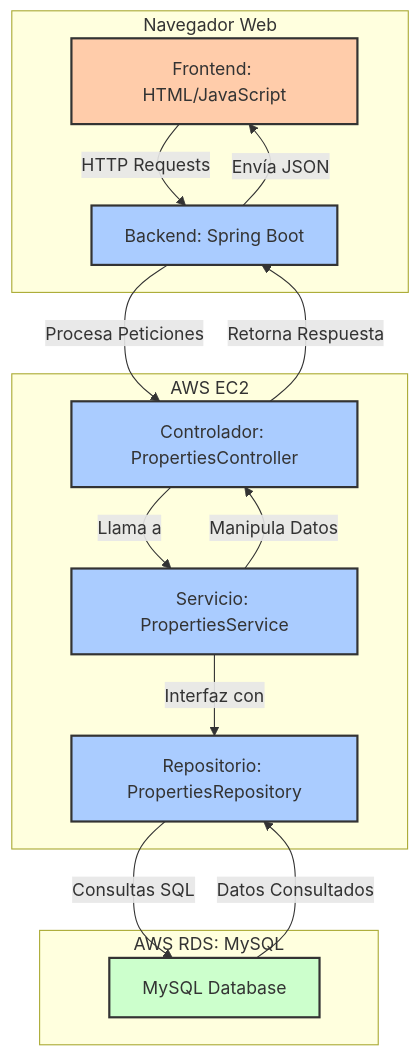
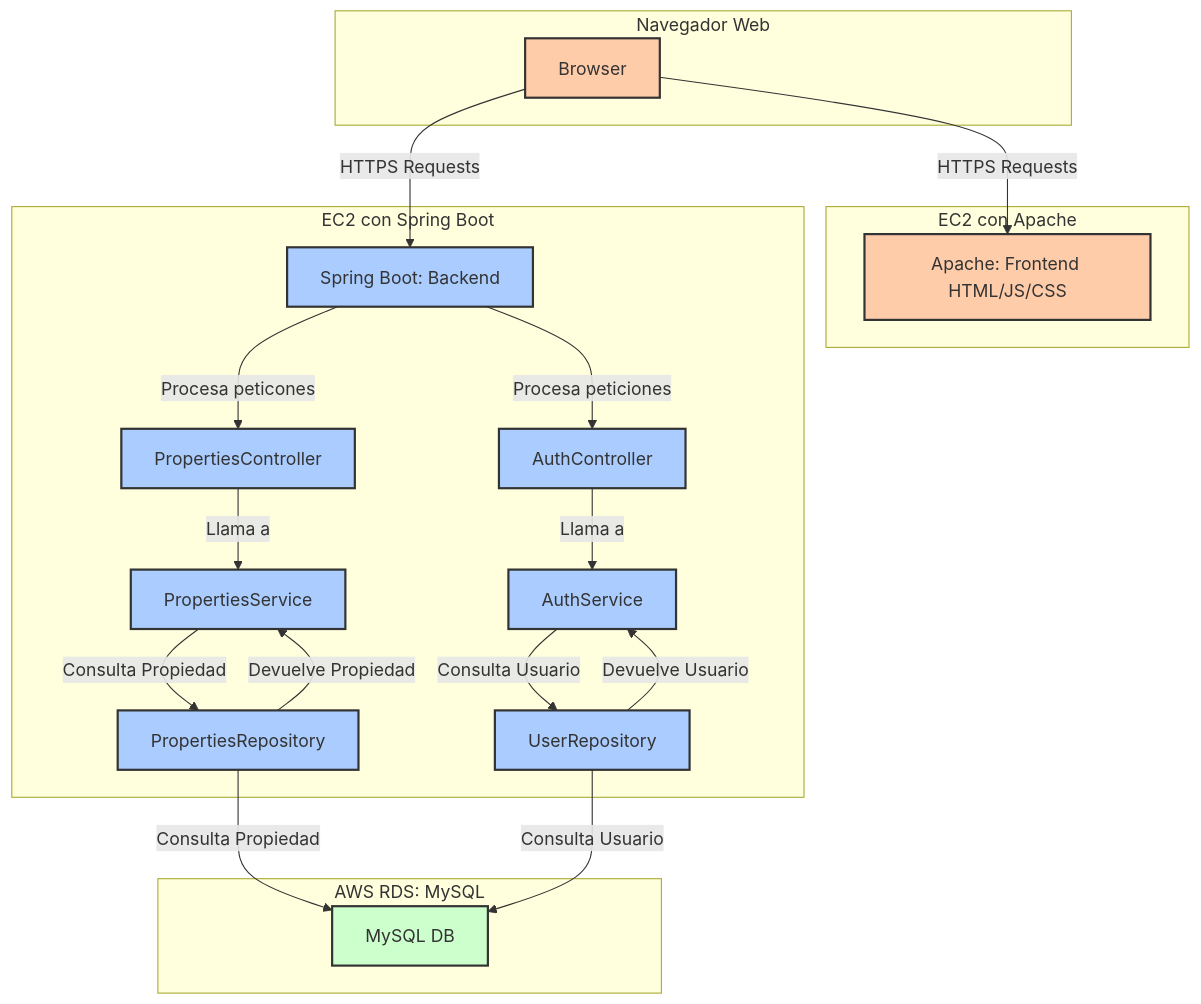
Before and after one commit to AndresArias02/AREP-Taller6: the diagram in README.md, drawn with Mermaid. The commit also changed other lines of this file and 8 other files, not shown here.

````diff
--- a/README.md
+++ b/README.md
@@ -38,32 +40,50 @@
 ```mermaid
-    graph TD
+   graph TD
     subgraph Cliente [Navegador Web]
-        A[Frontend: HTML/JavaScript]
-        A -->|HTTP Requests| B
+        A[Browser]
     end
 
-    subgraph Servidor [AWS EC2]
-        B[Backend: Spring Boot]
-        B -->|Procesa Peticiones| C[Controlador: PropertiesController]
-        C -->|Llama a| D[Servicio: PropertiesService]
-        D -->|Interfaz con| E[Repositorio: PropertiesRepository]
+    subgraph ServidorFrontend [EC2 con Apache]
+        B[Apache: Frontend HTML/JS/CSS]
+    end
+
+    subgraph ServidorBackend [EC2 con Spring Boot]
+        C[Spring Boot: Backend]
+        D[AuthController]
+        E[AuthService]
+        F[UserRepository]
+        H[PropertiesController]
+        I[PropertiesService]
+        J[PropertiesRepository]
     end
 
     subgraph BaseDeDatos [AWS RDS: MySQL]
-        F[MySQL Database]
+        K[MySQL DB]
     end
 
-    E -->|Consultas SQL| F
-    F -->|Datos Consultados| E
-    B -->|Envía JSON| A
-    C -->|Retorna Respuesta| B
-    D -->|Manipula Datos| C
+    A -->|HTTPS Requests| B
+    A -->|HTTPS Requests| C
+
+    C -->|Procesa peticiones| D
+    D -->|Llama a| E
+    E -->|Consulta Usuario| F
+    F -->|Devuelve Usuario| E
+
+    C -->|Procesa peticones| H
+    H -->|Llama a| I
+    J -->|Devuelve Propiedad| I
+    I -->|Consulta Propiedad| J
+    J -->|Consulta  Propiedad| K
+    F -->|Consulta Usuario| K
+   
 
     classDef frontend fill:#ffccaa,stroke:#333,stroke-width:2px;
     classDef backend fill:#aaccff,stroke:#333,stroke-width:2px;
     classDef db fill:#ccffcc,stroke:#333,stroke-width:2px;
+
     class A frontend;
-    class B,C,D,E backend;
-    class F db;
-
+    class B frontend;
+    class C,D,E,F,H,I,J backend;
+    class K db;
+    
 ```
````
